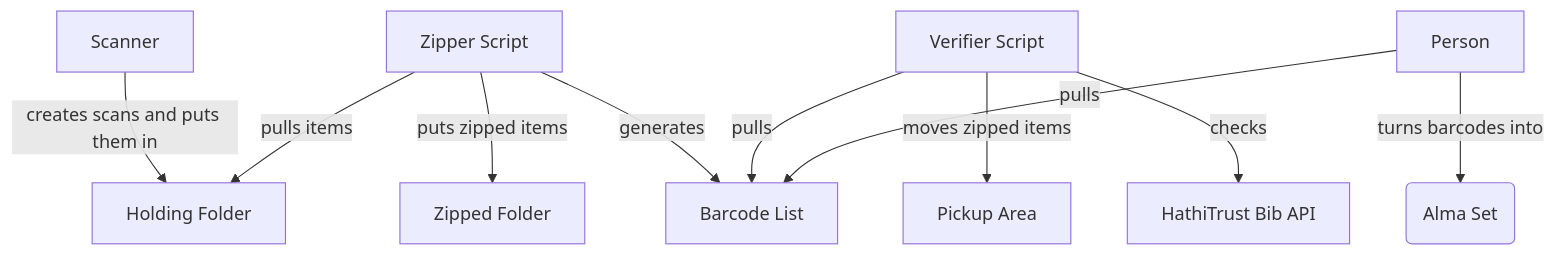
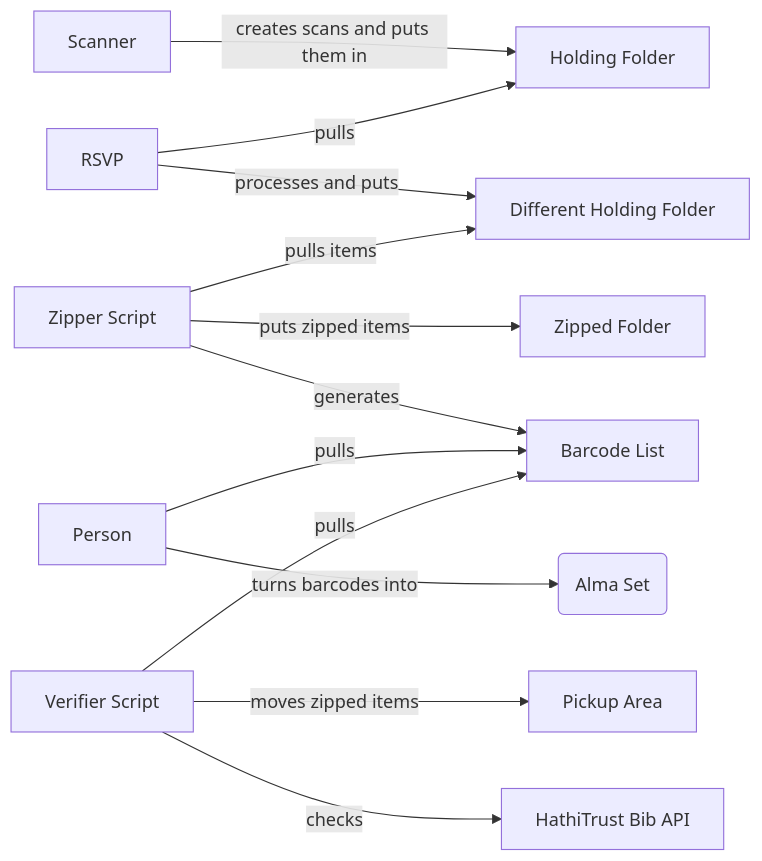
Before and after one commit to mlibrary/aim-py: the first of 2 diagrams in docs/digifeeds/current_digifeeds_process.md, drawn with Mermaid.

````diff
--- a/docs/digifeeds/current_digifeeds_process.md
+++ b/docs/digifeeds/current_digifeeds_process.md
@@ -3,12 +3,15 @@
 ```mermaid
-flowchart TD
+flowchart LR
     A[Scanner] -->|creates scans and puts them in| B[Holding Folder]
-    C[Zipper Script] --> |pulls items| B
+    RSVP --> |pulls| B
+    RSVP --> |processes and puts| K[Different Holding Folder]
+    C[Zipper Script] --> |pulls items| K
     C --> |puts zipped items| D[Zipped Folder]
     C --> |generates| E[Barcode List] 
-    H[Verifier Script] --> |pulls| E
-    H--> |moves zipped items| I[Pickup Area]
     F[Person] --> |pulls| E
     F --> |turns barcodes into| G(Alma Set)  
+     H[Verifier Script] --> |pulls| E
+    H--> |moves zipped items| I[Pickup Area]
+
     H --> |checks| J[HathiTrust Bib API]
 ```
````
